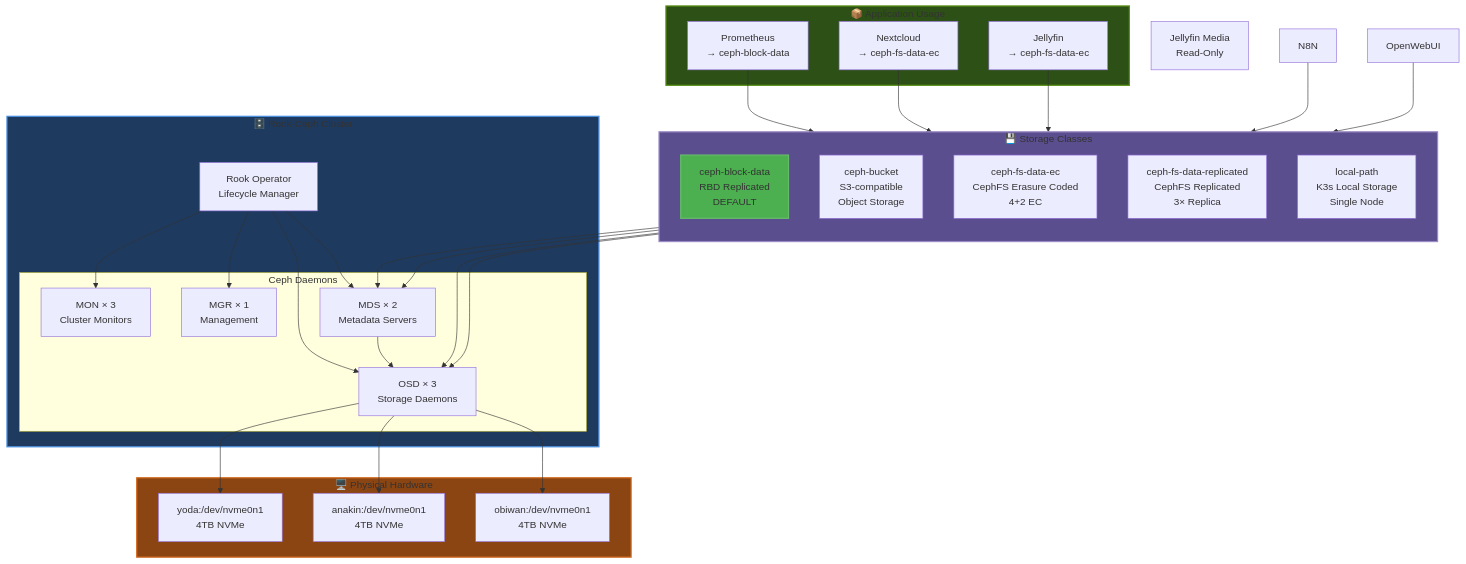
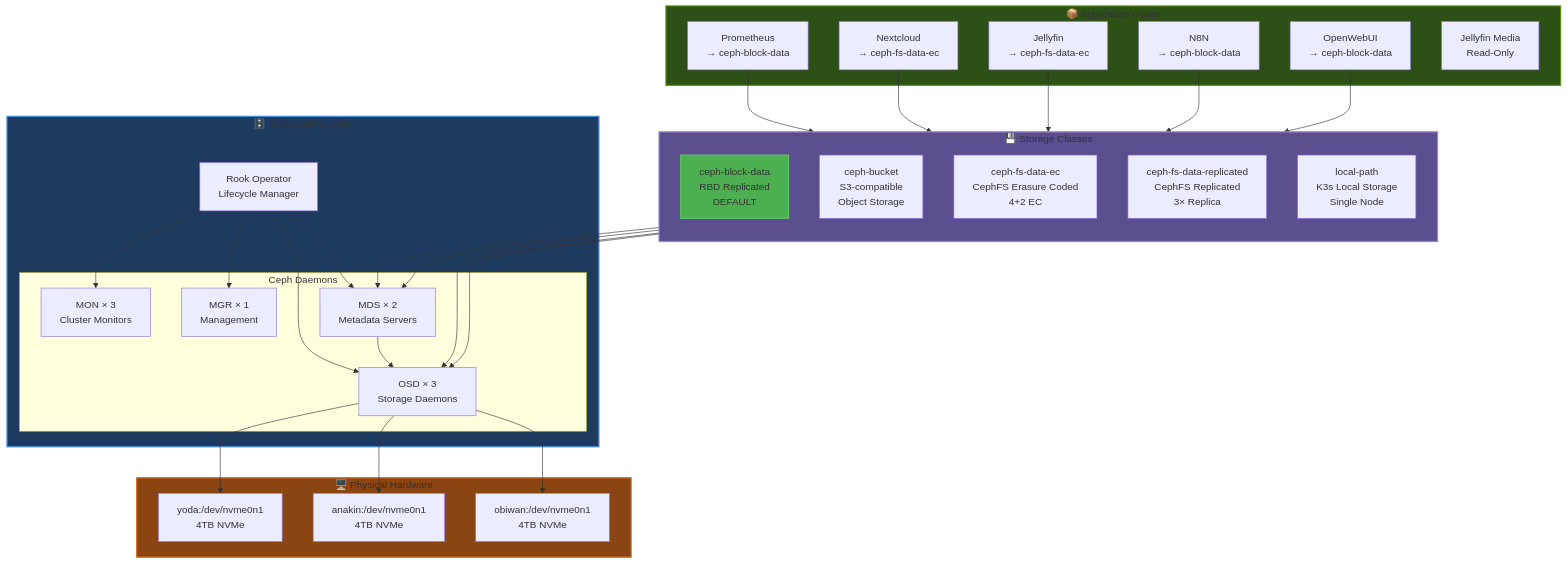
One commit to seadogger-tech/seadogger-homelab changed the fourth of 6 diagrams in docs/wiki/02-Architecture.md. Above: the diagram before and after it, drawn with Mermaid. The commit also changed 2 other files, not shown here.

Commit message:
Finalize architecture diagrams and modernize README
Storage Diagram:
- Move N8N and OpenWebUI into Applications box with storage class labels
- All applications now properly categorized in AppsLayer subgraph

Architecture.png:
- Delete outdated Architecture.png from images directory
- All architecture now uses modern Mermaid diagrams

README.md:
- Complete rewrite with modern, professional layout
- Add badges, feature highlights, and visual hierarchy
- Quick start with 3-step deployment guide
- Comprehensive tech stack table
- Links to wiki documentation and roadmap
- Call-to-action and contribution guidelines

🤖 Generated with [Claude Code](https://claude.com/claude-code)

````diff
--- a/docs/wiki/02-Architecture.md
+++ b/docs/wiki/02-Architecture.md
@@ -221,62 +221,64 @@
 ```mermaid
 graph TB
     subgraph RookCeph["🗄️ Rook-Ceph Cluster"]
         Operator[Rook Operator<br/>Lifecycle Manager]
 
         subgraph Daemons["Ceph Daemons"]
             MON[MON × 3<br/>Cluster Monitors]
             MGR[MGR × 1<br/>Management]
             OSD[OSD × 3<br/>Storage Daemons]
             MDS[MDS × 2<br/>Metadata Servers]
         end
     end
 
     subgraph Storage["💾 Storage Classes"]
         direction TB
         Default[ceph-block-data<br/>RBD Replicated<br/>DEFAULT]
         Bucket[ceph-bucket<br/>S3-compatible<br/>Object Storage]
         FSEC[ceph-fs-data-ec<br/>CephFS Erasure Coded<br/>4+2 EC]
         FSRep[ceph-fs-data-replicated<br/>CephFS Replicated<br/>3× Replica]
         LocalPath[local-path<br/>K3s Local Storage<br/>Single Node]
     end
 
     subgraph Hardware["🖥️ Physical Hardware"]
         NVMe1[yoda:/dev/nvme0n1<br/>4TB NVMe]
         NVMe2[anakin:/dev/nvme0n1<br/>4TB NVMe]
         NVMe3[obiwan:/dev/nvme0n1<br/>4TB NVMe]
     end
 
     subgraph AppsLayer["📦 Application Usage"]
         PrometheusApp[Prometheus<br/>→ ceph-block-data]
         NextcloudApp[Nextcloud<br/>→ ceph-fs-data-ec]
         JellyfinApp[Jellyfin<br/>→ ceph-fs-data-ec]
+        N8NApp[N8N<br/>→ ceph-block-data]
+        OpenWebUIApp[OpenWebUI<br/>→ ceph-block-data]
+        JellyfinMedia[Jellyfin Media<br/>Read-Only]
     end
 
     Operator --> MON
     Operator --> MGR
     Operator --> OSD
     Operator --> MDS
 
     OSD --> NVMe1
     OSD --> NVMe2
     OSD --> NVMe3
 
     Default --> OSD
     Bucket --> OSD
     FSEC --> MDS
     FSRep --> MDS
     MDS --> OSD
 
     PrometheusApp --> Default
     NextcloudApp --> FSEC
     JellyfinApp --> FSEC
-    N8NApp[N8N] --> Default
-    OpenWebUIApp[OpenWebUI] --> Default
-    JellyfinMedia[Jellyfin Media<br/>Read-Only]
+    N8NApp --> Default
+    OpenWebUIApp --> Default
 
     style RookCeph fill:#1e3a5f,stroke:#4a90e2,stroke-width:2px
     style Storage fill:#5a4e8f,stroke:#9b8ac4,stroke-width:2px
     style Hardware fill:#8b4513,stroke:#d2691e,stroke-width:2px
     style AppsLayer fill:#2d5016,stroke:#5a9216,stroke-width:2px
     style Default fill:#4caf50,stroke:#66bb6a,stroke-width:2px
 ```
````
